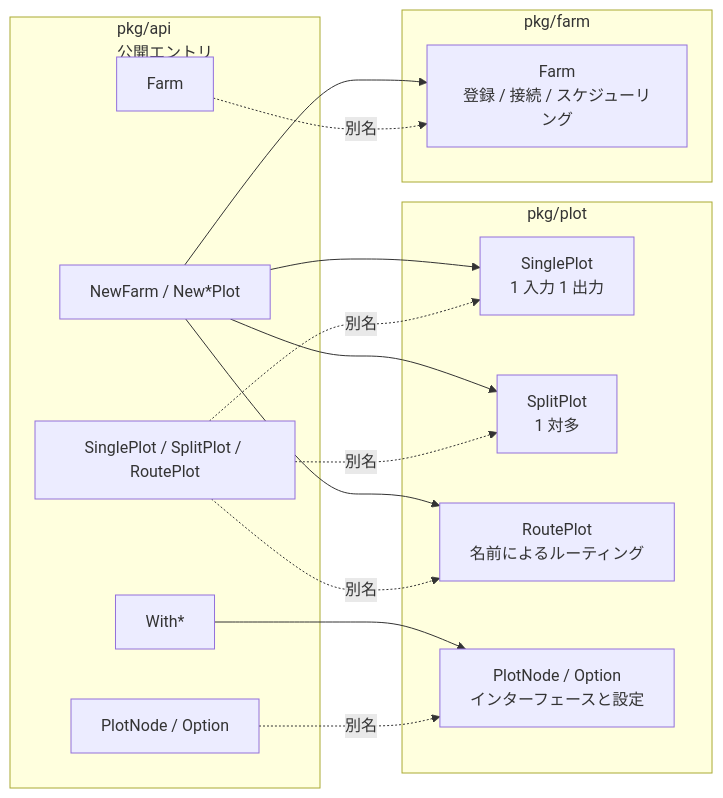
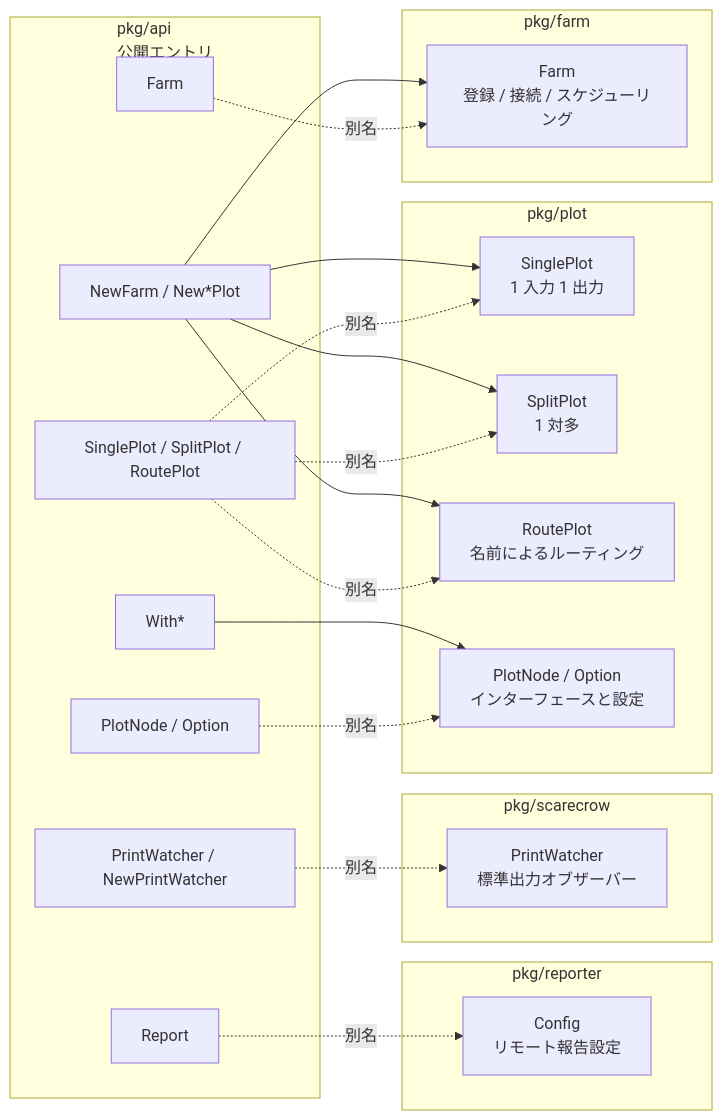
The first of 2 diagrams in docs/ja/pkg/api/api.md (Mr-xiaotian/CelestialGrow), drawn with Mermaid before and after one commit. The commit also changed other lines of this file and 99 other files, not shown here.

````diff
--- a/docs/ja/pkg/api/api.md
+++ b/docs/ja/pkg/api/api.md
@@ -49,32 +54,44 @@
 ```mermaid
 flowchart LR
     subgraph API["pkg/api<br/>公開エントリ"]
         A1[Farm]
         A2[SinglePlot / SplitPlot / RoutePlot]
         A3[PlotNode / Option]
         A4[NewFarm / New*Plot]
         A5[With*]
+        A6[PrintWatcher / NewPrintWatcher]
+        A7[Report]
     end
 
     subgraph FARM["pkg/farm"]
         F1[Farm<br/>登録 / 接続 / スケジューリング]
     end
 
     subgraph PLOT["pkg/plot"]
         P1[SinglePlot<br/>1 入力 1 出力]
         P2[SplitPlot<br/>1 対多]
         P3[RoutePlot<br/>名前によるルーティング]
         P4[PlotNode / Option<br/>インターフェースと設定]
     end
 
+    subgraph SCARECROW["pkg/scarecrow"]
+        S1[PrintWatcher<br/>標準出力オブザーバー]
+    end
+
+    subgraph REPORTER["pkg/reporter"]
+        R1[Config<br/>リモート報告設定]
+    end
+
     A1 -.別名.-> F1
     A2 -.別名.-> P1
     A2 -.別名.-> P2
     A2 -.別名.-> P3
     A3 -.別名.-> P4
     A4 --> F1
     A4 --> P1
     A4 --> P2
     A4 --> P3
     A5 --> P4
+    A6 -.別名.-> S1
+    A7 -.別名.-> R1
 ```
````
